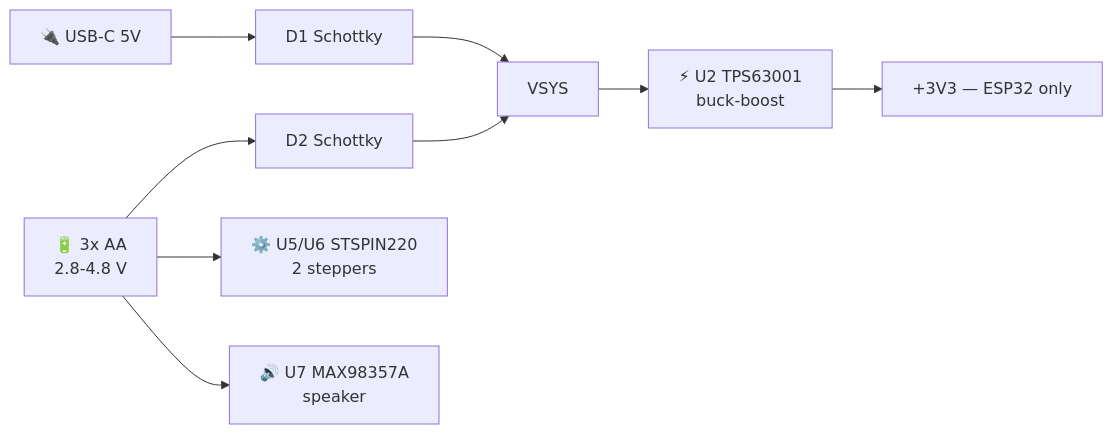
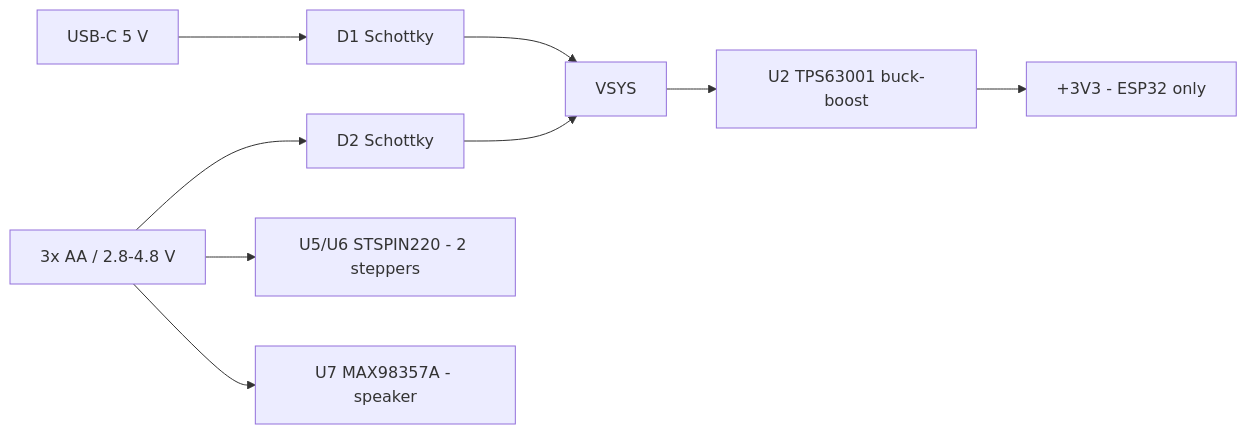
The diagram in README.md (ISC-HEI/isc-motorbeep), drawn with Mermaid before and after one commit. The commit also changed other lines of this file and 5 other files, not shown here.

````diff
--- a/README.md
+++ b/README.md
@@ -69,11 +49,11 @@
 ```mermaid
 flowchart LR
-    B["🔋 3x AA<br/>2.8-4.8 V"] --> D2["D2 Schottky"]
-    U["🔌 USB-C 5V"] --> D1["D1 Schottky"]
+    B["3x AA / 2.8-4.8 V"] --> D2["D2 Schottky"]
+    U["USB-C 5 V"] --> D1["D1 Schottky"]
     D1 --> V["VSYS"]
     D2 --> V
-    V --> R["⚡ U2 TPS63001<br/>buck-boost"]
-    R --> L3["+3V3 — ESP32 only"]
-    B --> M["⚙️ U5/U6 STSPIN220<br/>2 steppers"]
-    B --> A["🔊 U7 MAX98357A<br/>speaker"]
+    V --> R["U2 TPS63001 buck-boost"]
+    R --> L3["+3V3 - ESP32 only"]
+    B --> M["U5/U6 STSPIN220 - 2 steppers"]
+    B --> A["U7 MAX98357A - speaker"]
 ```
````
